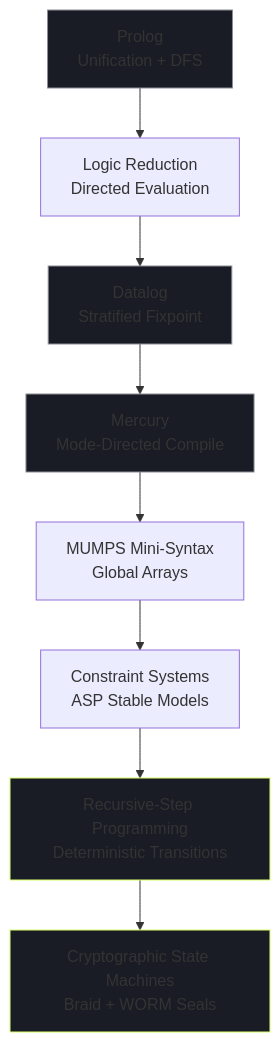
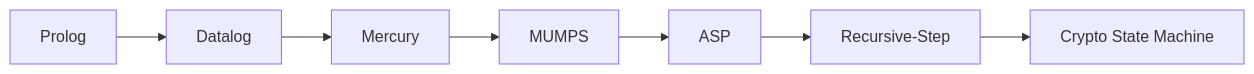
Before and after one commit to SNAPKITTYWEST/devflow-finance-twin: the third of 3 diagrams in README.md, drawn with Mermaid. The commit also changed other lines of this file, not shown here.

Commit message:
fix README: compact flowcharts (LR layout, short labels), repo structure as text tree, verification as table

````diff
--- a/README.md
+++ b/README.md
@@ -133,16 +100,9 @@
 ```mermaid
-flowchart TD
-    P["Prolog<br/>Unification + DFS"] --> LR["Logic Reduction<br/>Directed Evaluation"]
-    LR --> D["Datalog<br/>Stratified Fixpoint"]
-    D --> M["Mercury<br/>Mode-Directed Compile"]
-    M --> MU["MUMPS Mini-Syntax<br/>Global Arrays"]
-    MU --> CS["Constraint Systems<br/>ASP Stable Models"]
-    CS --> RS["Recursive-Step Programming<br/>Deterministic Transitions"]
-    RS --> CSM["Cryptographic State Machines<br/>Braid + WORM Seals"]
-
-    style P fill:#1a1c25,stroke:#8a8d98
-    style D fill:#1a1c25,stroke:#8a8d98
-    style M fill:#1a1c25,stroke:#8a8d98
-    style RS fill:#1a1c25,stroke:#d6ff6a
-    style CSM fill:#1a1c25,stroke:#d6ff6a
+flowchart LR
+    P[Prolog] --> D[Datalog]
+    D --> M[Mercury]
+    M --> MU[MUMPS]
+    MU --> CS[ASP]
+    CS --> RS[Recursive-Step]
+    RS --> CSM[Crypto State Machine]
 ```
````
